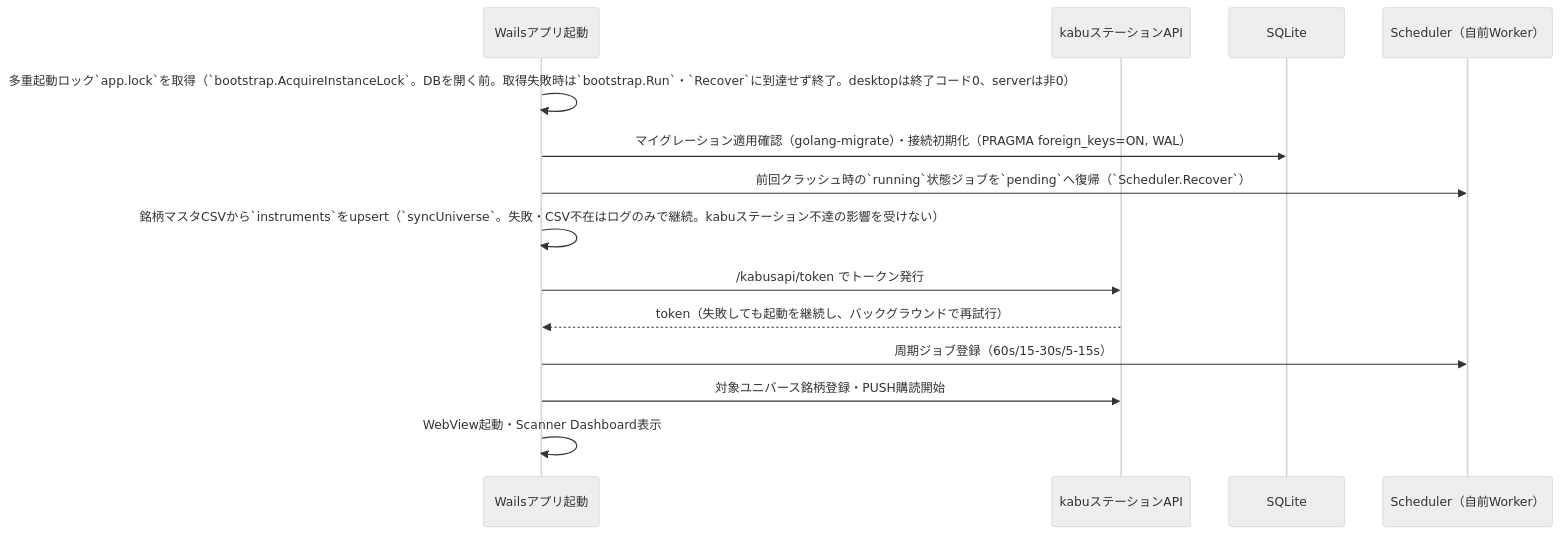
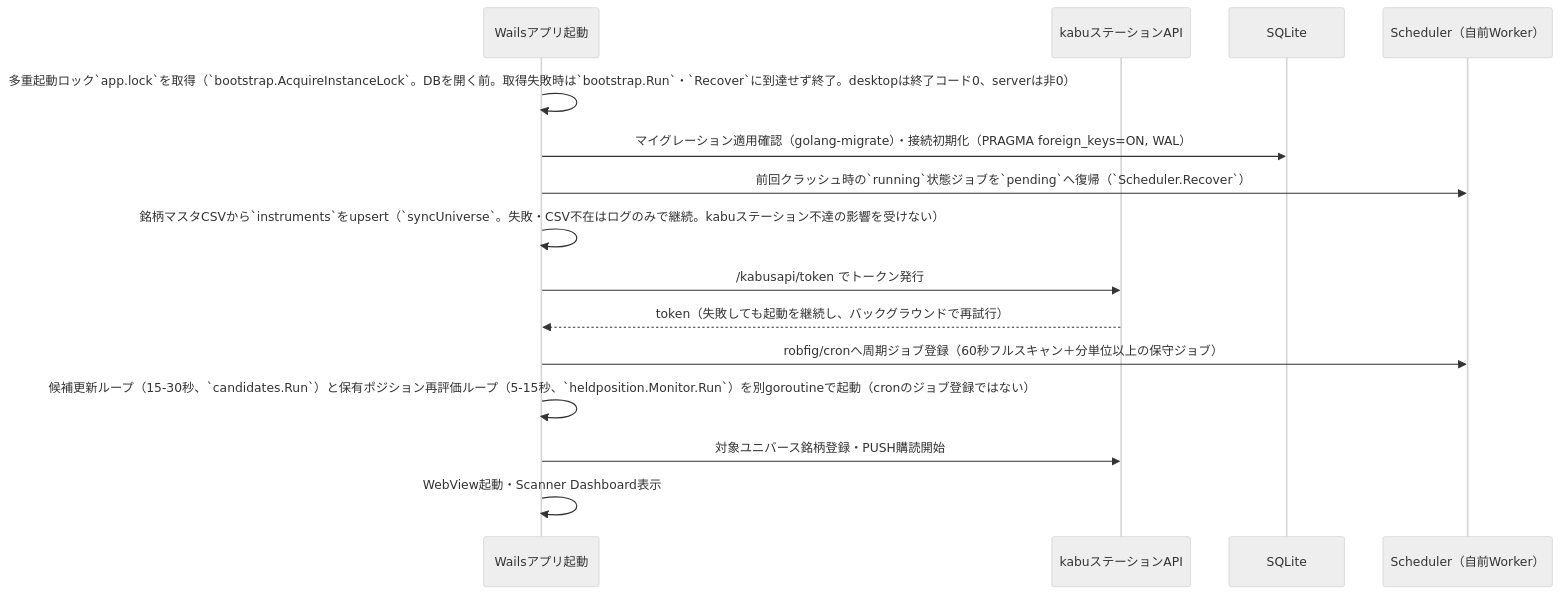
The first of 5 diagrams in docs/architecture/overview/flows.md (ousiassllc/pitha-trador), drawn with Mermaid (neutral theme) before and after one commit. The commit also changed 1 other file, not shown here.

Commit message:
docs: 周期実行の説明をcron・自前ループ・別goroutineの実態に合わせる (#570)
60秒フルスキャン等はrobfig/cron、15-30秒の候補更新はcandidates.Runの自前ループ、5-15秒の保有再評価はheldposition.Monitor.Runの別goroutine。実装が正のためdocsを修正。

````diff
--- a/docs/architecture/overview/flows.md
+++ b/docs/architecture/overview/flows.md
@@ -9,17 +9,18 @@
 ```mermaid
 sequenceDiagram
     participant App as Wailsアプリ起動
     participant KABU as kabuステーションAPI
     participant DB as SQLite
     participant SCHED as Scheduler（自前Worker）
 
     App->>App: 多重起動ロック`app.lock`を取得（`bootstrap.AcquireInstanceLock`。DBを開く前。取得失敗時は`bootstrap.Run`・`Recover`に到達せず終了。desktopは終了コード0、serverは非0）
     App->>DB: マイグレーション適用確認（golang-migrate）・接続初期化（PRAGMA foreign_keys=ON, WAL）
     App->>SCHED: 前回クラッシュ時の`running`状態ジョブを`pending`へ復帰（`Scheduler.Recover`）
     App->>App: 銘柄マスタCSVから`instruments`をupsert（`syncUniverse`。失敗・CSV不在はログのみで継続。kabuステーション不達の影響を受けない）
     App->>KABU: /kabusapi/token でトークン発行
     KABU-->>App: token（失敗しても起動を継続し、バックグラウンドで再試行）
-    App->>SCHED: 周期ジョブ登録（60s/15-30s/5-15s）
+    App->>SCHED: robfig/cronへ周期ジョブ登録（60秒フルスキャン＋分単位以上の保守ジョブ）
+    App->>App: 候補更新ループ（15-30秒、`candidates.Run`）と保有ポジション再評価ループ（5-15秒、`heldposition.Monitor.Run`）を別goroutineで起動（cronのジョブ登録ではない）
     App->>KABU: 対象ユニバース銘柄登録・PUSH購読開始
     App->>App: WebView起動・Scanner Dashboard表示
 ```
````
